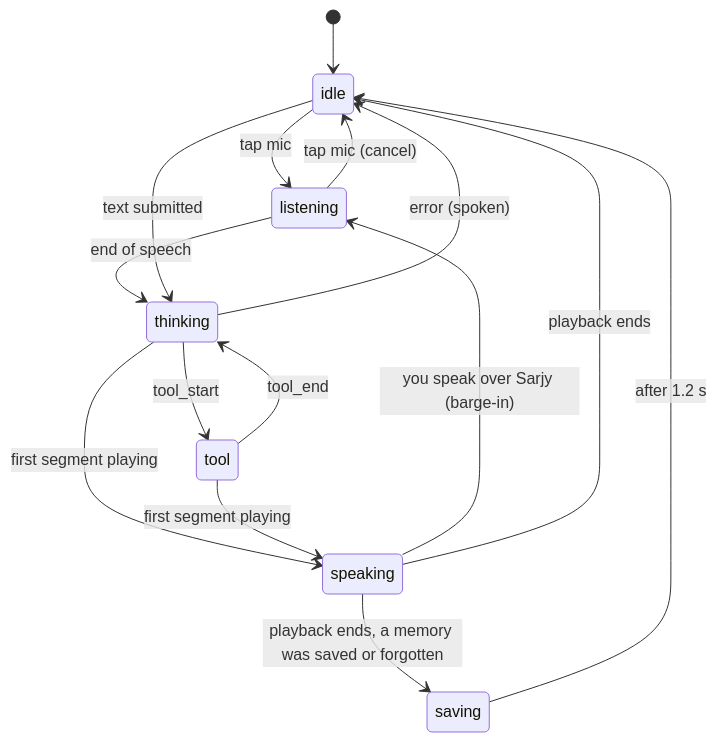
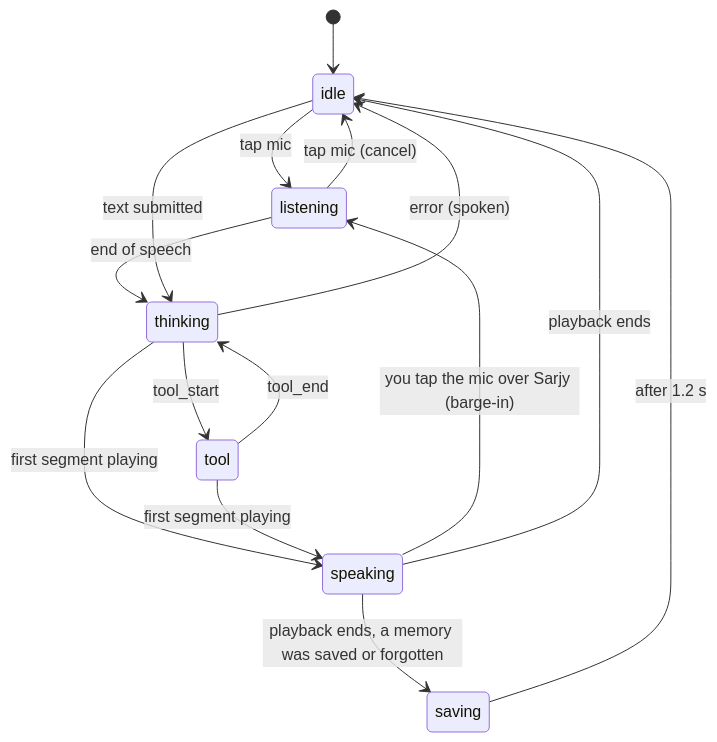
One commit to Turki-Sh/Sarjy changed the third of 5 diagrams in docs/02-ARCHITECTURE.md. Above: the diagram before and after it, drawn with Mermaid. The commit also changed other lines of this file and 20 other files, not shown here.

````diff
--- a/docs/02-ARCHITECTURE.md
+++ b/docs/02-ARCHITECTURE.md
@@ -250,17 +250,17 @@
 ```mermaid
 stateDiagram-v2
   [*] --> idle
   idle --> listening: tap mic
   listening --> idle: tap mic (cancel)
   listening --> thinking: end of speech
   idle --> thinking: text submitted
   thinking --> tool: tool_start
   tool --> thinking: tool_end
   thinking --> speaking: first segment playing
   tool --> speaking: first segment playing
-  speaking --> listening: you speak over Sarjy (barge-in)
+  speaking --> listening: you tap the mic over Sarjy (barge-in)
   speaking --> saving: playback ends, a memory was saved or forgotten
   speaking --> idle: playback ends
   saving --> idle: after 1.2 s
   thinking --> idle: error (spoken)
 ```
````
